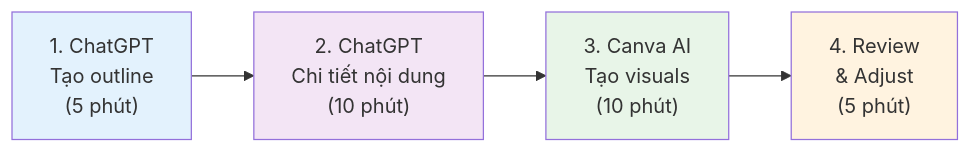
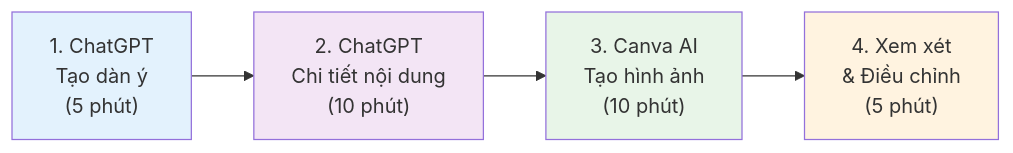
One commit to zukahai/ai-teaching changed the first of 2 diagrams in docs/appendix/cheatsheet.md. Above: the diagram before and after it, drawn with Mermaid. The commit also changed other lines of this file and 4 other files, not shown here.

````diff
--- a/docs/appendix/cheatsheet.md
+++ b/docs/appendix/cheatsheet.md
@@ -132,11 +132,11 @@
 ```mermaid
 flowchart LR
-    A["1. ChatGPT<br/>Tạo outline<br/>(5 phút)"] --> B["2. ChatGPT<br/>Chi tiết nội dung<br/>(10 phút)"]
-    B --> C["3. Canva AI<br/>Tạo visuals<br/>(10 phút)"]  
-    C --> D["4. Review<br/>& Adjust<br/>(5 phút)"]
+    A["1. ChatGPT<br/>Tạo dàn ý<br/>(5 phút)"] --> B["2. ChatGPT<br/>Chi tiết nội dung<br/>(10 phút)"]
+    B --> C["3. Canva AI<br/>Tạo hình ảnh<br/>(10 phút)"]  
+    C --> D["4. Xem xét<br/>& Điều chỉnh<br/>(5 phút)"]
     
     style A fill:#e3f2fd
     style B fill:#f3e5f5  
     style C fill:#e8f5e8
     style D fill:#fff3e0
 ```
````
